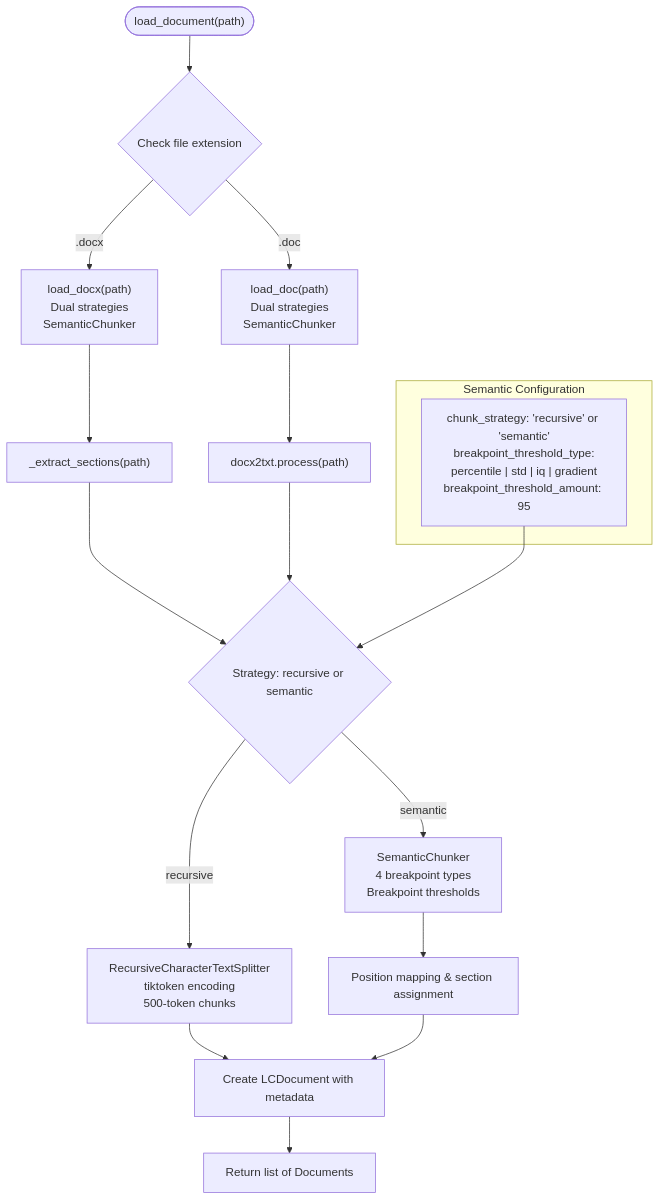
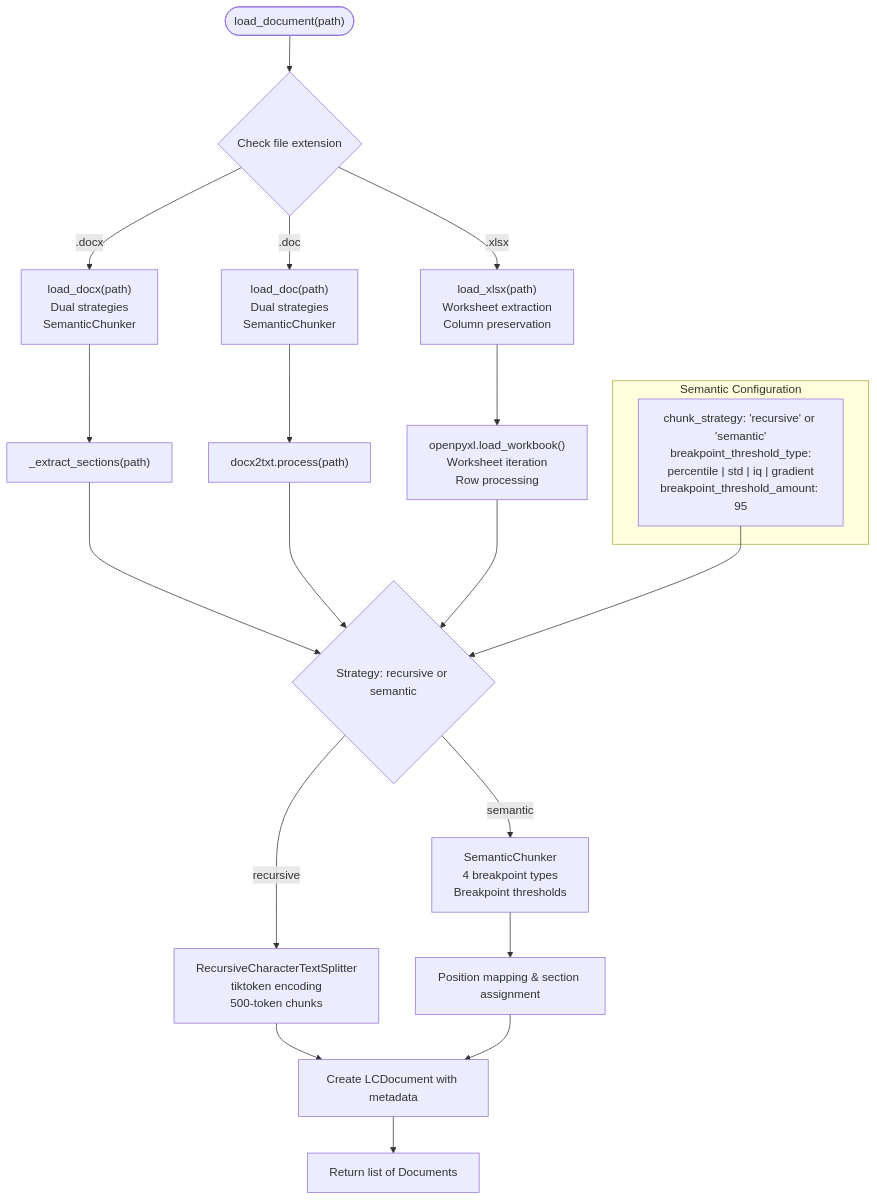
The third of 14 diagrams in .qoder/repowiki/en/content/RAG Integration/RAG Parser Enhancement.md (ognelis/cafetera_hr_bot), drawn with Mermaid before and after one commit. The commit also changed other lines of this file and 9 other files, not shown here.

````diff
--- a/.qoder/repowiki/en/content/RAG Integration/RAG Parser Enhancement.md
+++ b/.qoder/repowiki/en/content/RAG Integration/RAG Parser Enhancement.md
@@ -224,20 +243,23 @@
 ```mermaid
 flowchart TD
 Start(["load_document(path)"]) --> CheckExt{"Check file extension"}
 CheckExt --> |".docx"| LoadDocx["load_docx(path)<br/>Dual strategies<br/>SemanticChunker"]
 CheckExt --> |".doc"| LoadDoc["load_doc(path)<br/>Dual strategies<br/>SemanticChunker"]
+CheckExt --> |".xlsx"| LoadXlsx["load_xlsx(path)<br/>Worksheet extraction<br/>Column preservation"]
 LoadDocx --> Extract["_extract_sections(path)"]
 LoadDoc --> ProcessLegacy["docx2txt.process(path)"]
+LoadXlsx --> ProcessExcel["openpyxl.load_workbook()<br/>Worksheet iteration<br/>Row processing"]
 Extract --> Strategy{"Strategy: recursive or semantic"}
 ProcessLegacy --> Strategy
+ProcessExcel --> Strategy
 Strategy --> |"recursive"| RecursiveSplit["RecursiveCharacterTextSplitter<br/>tiktoken encoding<br/>500-token chunks"]
 Strategy --> |"semantic"| SemanticSplit["SemanticChunker<br/>4 breakpoint types<br/>Breakpoint thresholds"]
 RecursiveSplit --> CreateDocs["Create LCDocument with metadata"]
 SemanticSplit --> PositionMapping["Position mapping & section assignment"]
 PositionMapping --> CreateDocs
 CreateDocs --> Return["Return list of Documents"]
 subgraph "Semantic Configuration"
 Config["chunk_strategy: 'recursive' or 'semantic'<br/>breakpoint_threshold_type:<br/>percentile | std | iq | gradient<br/>breakpoint_threshold_amount: 95"]
 end
 Config --> Strategy
 ```
````
